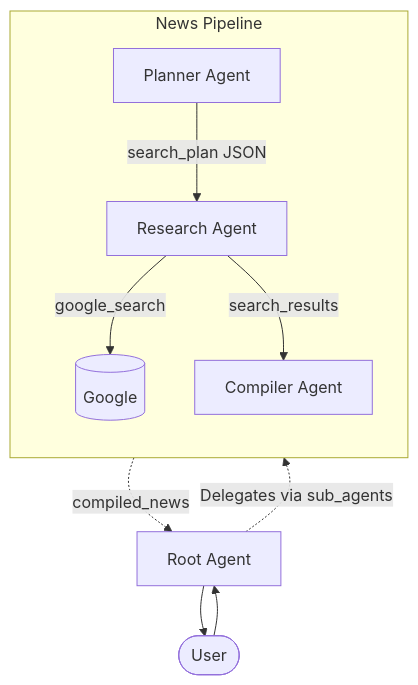
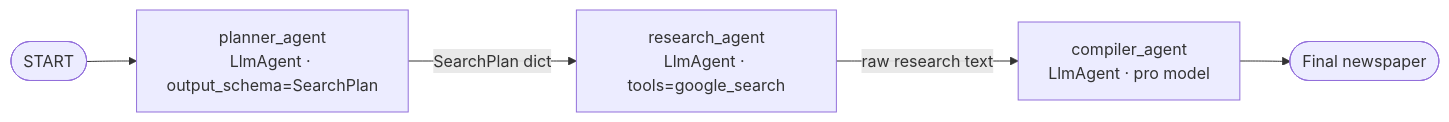
The diagram in modules/02-agent-orchestration/README.md (LuisSala/agent-workshop), drawn with Mermaid before and after one commit. The commit also changed other lines of this file and 4 other files, not shown here.

````diff
--- a/modules/02-agent-orchestration/README.md
+++ b/modules/02-agent-orchestration/README.md
@@ -11,15 +12,7 @@
 ```mermaid
-flowchart TD
-    User([User]) --> R[Root Agent]
-    
-    subgraph News Pipeline
-      direction TB
-      P[Planner Agent] -->|search_plan JSON| RES[Research Agent]
-      RES -->|google_search| G[(Google)]
-      RES -->|search_results| C[Compiler Agent]
-    end
-
-    R -.->|Delegates via sub_agents| P
-    C -.->|compiled_news| R
-    R --> User
+flowchart LR
+    START([START]) --> P[planner_agent<br/>LlmAgent · output_schema=SearchPlan]
+    P -->|SearchPlan dict| R[research_agent<br/>LlmAgent · tools=google_search]
+    R -->|raw research text| C[compiler_agent<br/>LlmAgent · pro model]
+    C --> END([Final newspaper])
 ```
````
